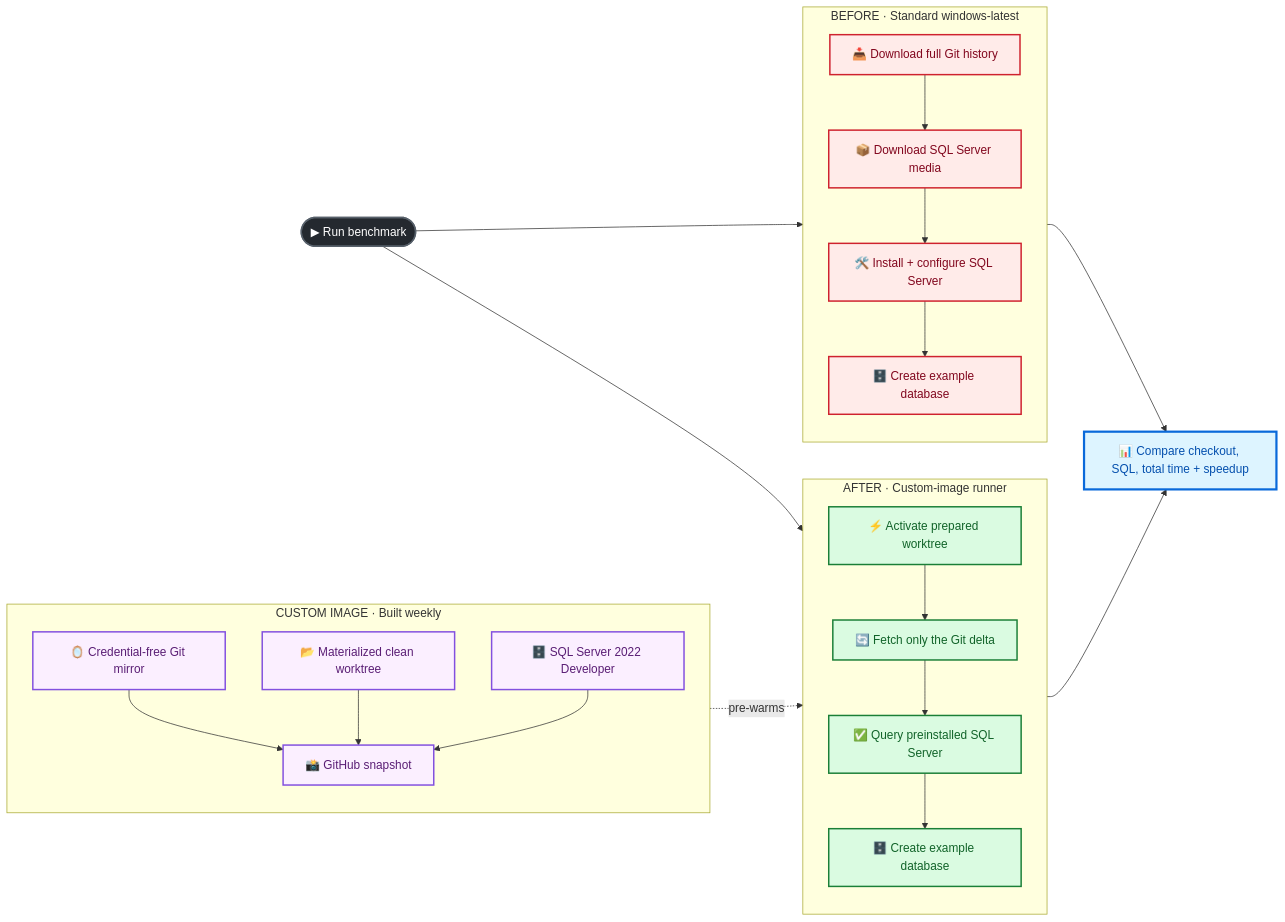
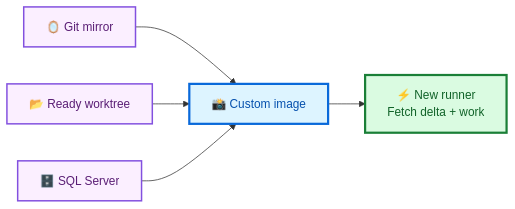
The first of 3 diagrams in README.md (tsvi-solutions/custom_images_examples), drawn with Mermaid before and after one commit. The commit also changed other lines of this file and 3 other files, not shown here.

````diff
--- a/README.md
+++ b/README.md
@@ -49,53 +66,20 @@
 ```mermaid
 flowchart LR
-    Trigger([▶ Run benchmark])
+    Git["🪞 Git mirror"]
+    Tree["📂 Ready worktree"]
+    SQL["🗄️ SQL Server"]
+    Image["📸 Custom image"]
+    Job["⚡ New runner<br/>Fetch delta + work"]
 
-    subgraph Before["BEFORE · Standard windows-latest"]
-        direction TB
-        B1["📥 Download full Git history"]
-        B2["📦 Download SQL Server media"]
-        B3["🛠️ Install + configure SQL Server"]
-        B4["🗄️ Create example database"]
-        B1 --> B2 --> B3 --> B4
-    end
+    Git --> Image
+    Tree --> Image
+    SQL --> Image
+    Image --> Job
 
-    subgraph Image["CUSTOM IMAGE · Built weekly"]
-        direction TB
-        I1["🪞 Credential-free Git mirror"]
-        I2["📂 Materialized clean worktree"]
-        I3["🗄️ SQL Server 2022 Developer"]
-        I4["📸 GitHub snapshot"]
-        I1 --> I4
-        I2 --> I4
-        I3 --> I4
-    end
-
-    subgraph After["AFTER · Custom-image runner"]
-        direction TB
-        A1["⚡ Activate prepared worktree"]
-        A2["🔄 Fetch only the Git delta"]
-        A3["✅ Query preinstalled SQL Server"]
-        A4["🗄️ Create example database"]
-        A1 --> A2 --> A3 --> A4
-    end
-
-    Result["📊 Compare checkout, SQL, total time + speedup"]
-
-    Trigger --> Before
-    Trigger --> After
-    Image -. "pre-warms" .-> After
-    Before --> Result
-    After --> Result
-
-    classDef trigger fill:#24292f,color:#ffffff,stroke:#57606a,stroke-width:2px;
-    classDef slow fill:#ffebe9,color:#82071e,stroke:#cf222e,stroke-width:2px;
-    classDef image fill:#fbefff,color:#5a1e75,stroke:#8250df,stroke-width:2px;
-    classDef fast fill:#dafbe1,color:#116329,stroke:#1a7f37,stroke-width:2px;
-    classDef result fill:#ddf4ff,color:#0550ae,stroke:#0969da,stroke-width:3px;
-
-    class Trigger trigger;
-    class B1,B2,B3,B4 slow;
-    class I1,I2,I3,I4 image;
-    class A1,A2,A3,A4 fast;
-    class Result result;
+    classDef asset fill:#fbefff,color:#5a1e75,stroke:#8250df,stroke-width:2px
+    classDef image fill:#ddf4ff,color:#0550ae,stroke:#0969da,stroke-width:3px
+    classDef ready fill:#dafbe1,color:#116329,stroke:#1a7f37,stroke-width:3px
+    class Git,Tree,SQL asset
+    class Image image
+    class Job ready
 ```
````
